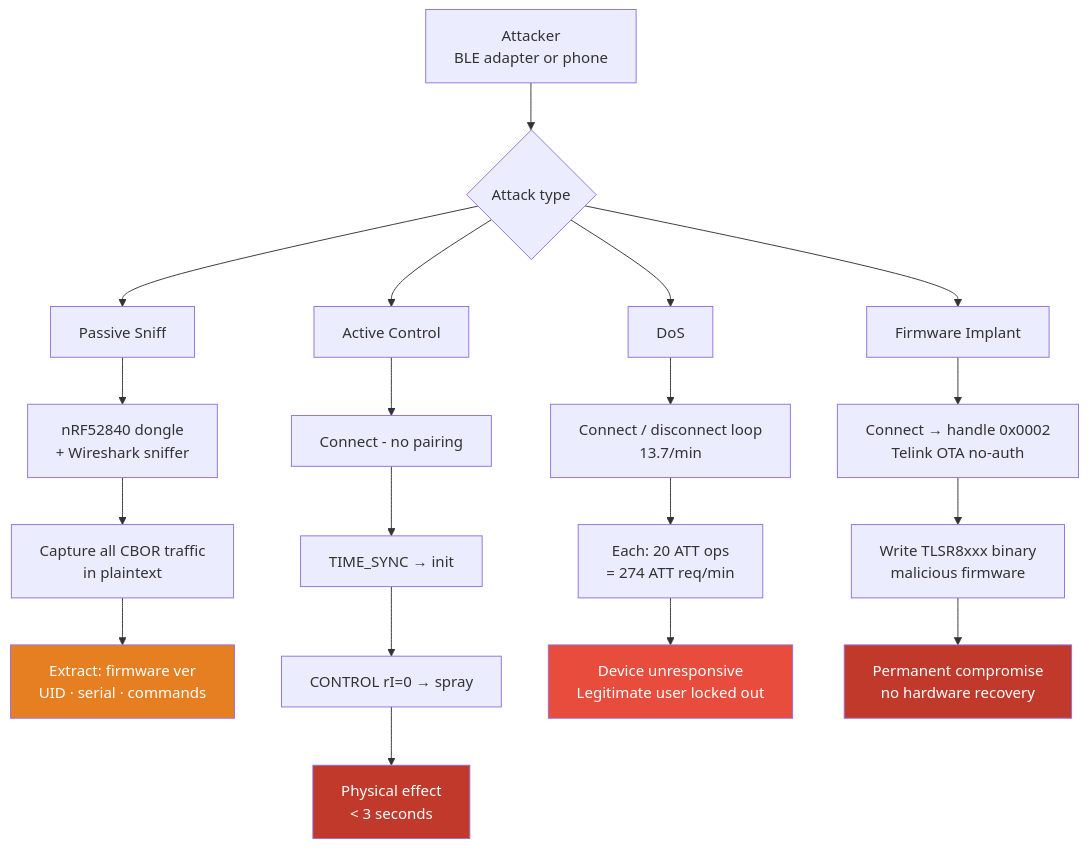
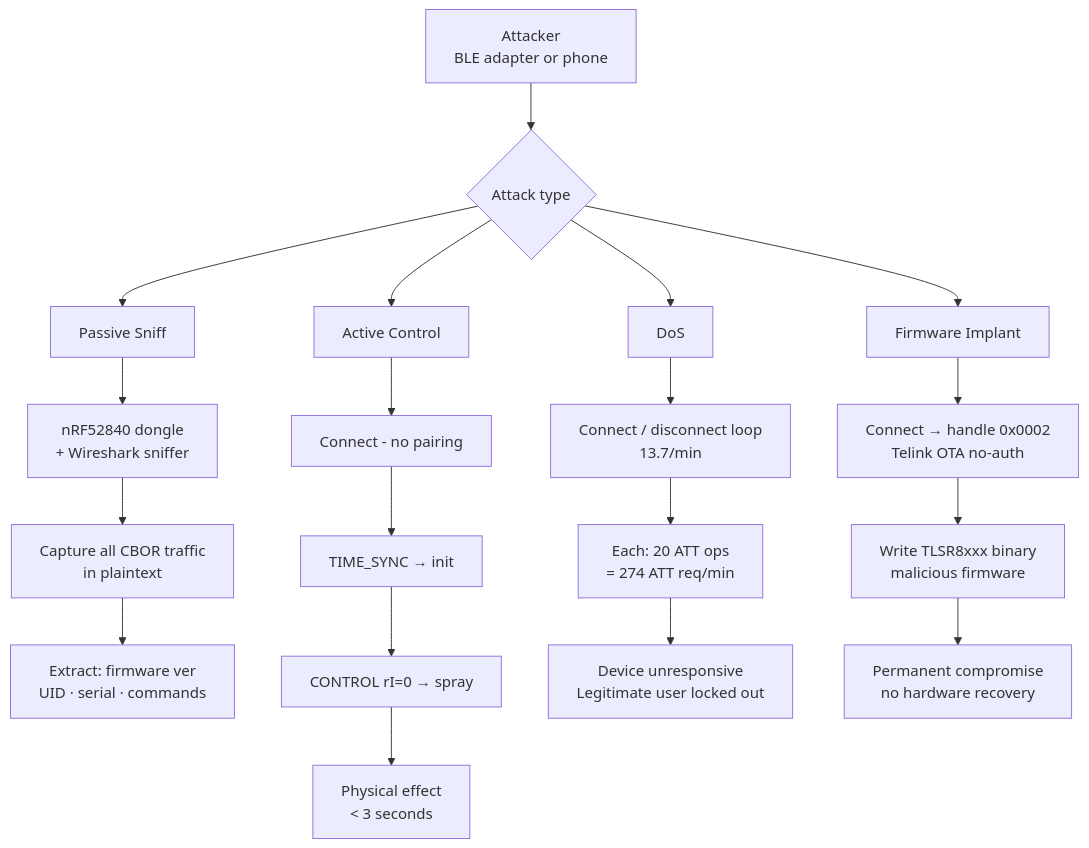
Before and after one commit to V33RU/veera.github.io: the seventh of 9 diagrams in content/blog/godrej-smart-matic.md, drawn with Mermaid. The commit also changed other lines of this file, not shown here.

````diff
--- a/content/blog/godrej-smart-matic.md
+++ b/content/blog/godrej-smart-matic.md
@@ -740,31 +717,26 @@
 ```mermaid
 flowchart TD
-    A[Attacker\nBLE adapter or phone] --> B{Attack type}
+    A["Attacker<br/>BLE adapter or phone"] --> B{Attack type}
 
     B --> C[Passive Sniff]
     B --> D[Active Control]
     B --> E[DoS]
     B --> F[Firmware Implant]
 
-    C --> C1[nRF52840 dongle\n+ Wireshark sniffer]
-    C1 --> C2[Capture all CBOR traffic\nin plaintext]
-    C2 --> C3[Extract: firmware ver\nUID · serial · commands]
+    C --> C1["nRF52840 dongle<br/>+ Wireshark sniffer"]
+    C1 --> C2["Capture all CBOR traffic<br/>in plaintext"]
+    C2 --> C3["Extract: firmware ver<br/>UID · serial · commands"]
 
     D --> D1[Connect - no pairing]
     D1 --> D2[TIME_SYNC → init]
     D2 --> D3[CONTROL rI=0 → spray]
-    D3 --> D4[Physical effect\n< 3 seconds]
+    D3 --> D4["Physical effect<br/>< 3 seconds"]
 
-    E --> E1[Connect / disconnect loop\n13.7/min]
-    E1 --> E2[Each: 20 ATT ops\n= 274 ATT req/min]
-    E2 --> E3[Device unresponsive\nLegitimate user locked out]
+    E --> E1["Connect / disconnect loop<br/>13.7/min"]
+    E1 --> E2["Each: 20 ATT ops<br/>= 274 ATT req/min"]
+    E2 --> E3["Device unresponsive<br/>Legitimate user locked out"]
 
-    F --> F1[Connect → handle 0x0002\nTelink OTA no-auth]
-    F1 --> F2[Write TLSR8xxx binary\nmalicious firmware]
-    F2 --> F3[Permanent compromise\nno hardware recovery]
-
-    style C3 fill:#e67e22,color:#fff
-    style D4 fill:#c0392b,color:#fff
-    style E3 fill:#e74c3c,color:#fff
-    style F3 fill:#c0392b,color:#fff
+    F --> F1["Connect → handle 0x0002<br/>Telink OTA no-auth"]
+    F1 --> F2["Write TLSR8xxx binary<br/>malicious firmware"]
+    F2 --> F3["Permanent compromise<br/>no hardware recovery"]
 ```
````
